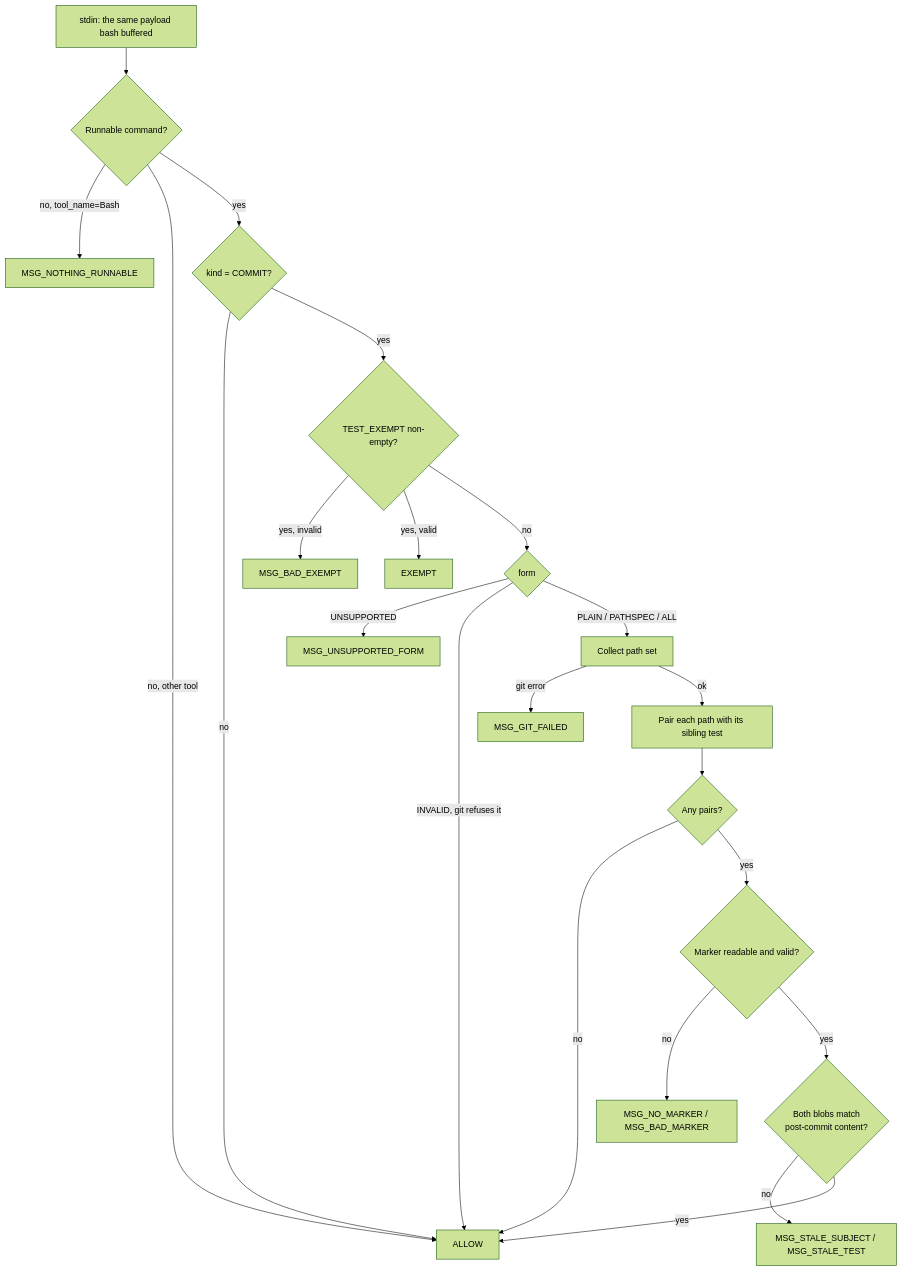
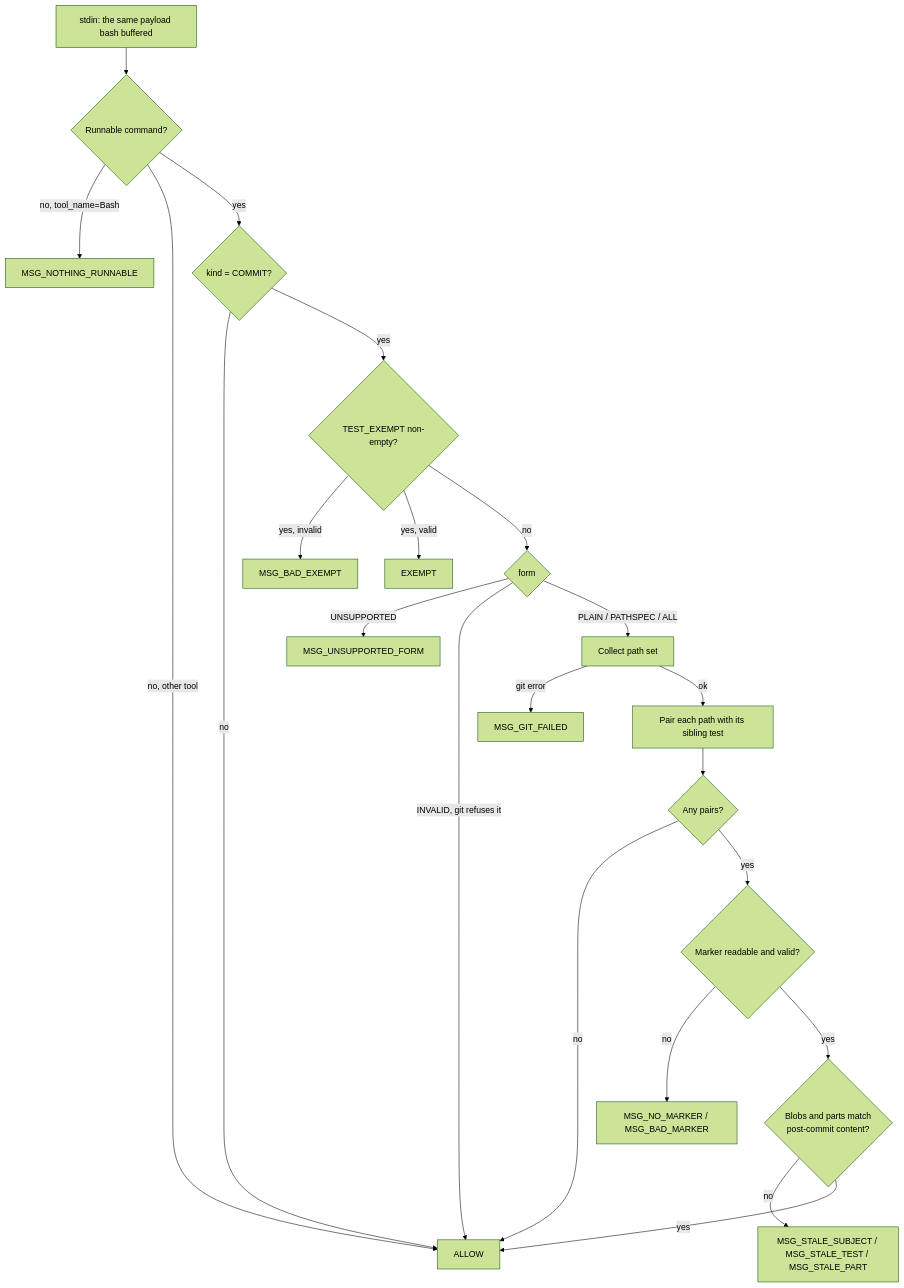
The second of 2 diagrams in docs/features/verification-marker-gate.md (suyatdev/.claude), drawn with Mermaid (forest theme) before and after one commit. The commit also changed other lines of this file and 2 other files, not shown here.

````diff
--- a/docs/features/verification-marker-gate.md
+++ b/docs/features/verification-marker-gate.md
@@ -107,24 +107,24 @@
 ```mermaid
 flowchart TD
     S[stdin: the same payload bash buffered] --> C{Runnable command?}
     C -- "no, tool_name=Bash" --> Y[MSG_NOTHING_RUNNABLE]
     C -- "no, other tool" --> P[ALLOW]
     C -- yes --> E{kind = COMMIT?}
     E -- no --> P
     E -- yes --> H{TEST_EXEMPT non-empty?}
     H -- "yes, invalid" --> BE[MSG_BAD_EXEMPT]
     H -- "yes, valid" --> EX[EXEMPT]
     H -- no --> I{form}
     I -- UNSUPPORTED --> UF[MSG_UNSUPPORTED_FORM]
     I -- "INVALID, git refuses it" --> P
     I -- "PLAIN / PATHSPEC / ALL" --> J[Collect path set]
     J -- git error --> U[MSG_GIT_FAILED]
     J -- ok --> K[Pair each path with its sibling test]
     K --> L{Any pairs?}
     L -- no --> P
     L -- yes --> M{Marker readable and valid?}
     M -- no --> Z[MSG_NO_MARKER / MSG_BAD_MARKER]
-    M -- yes --> N{Both blobs match<br/>post-commit content?}
-    N -- no --> W[MSG_STALE_SUBJECT / MSG_STALE_TEST]
+    M -- yes --> N{Blobs and parts match<br/>post-commit content?}
+    N -- no --> W[MSG_STALE_SUBJECT / MSG_STALE_TEST / MSG_STALE_PART]
     N -- yes --> P
 ```
````
